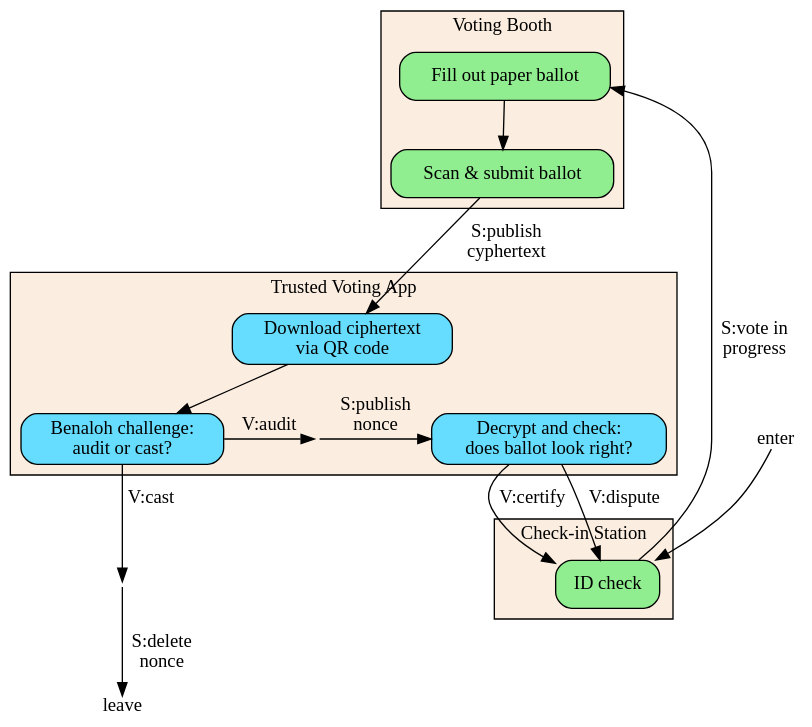
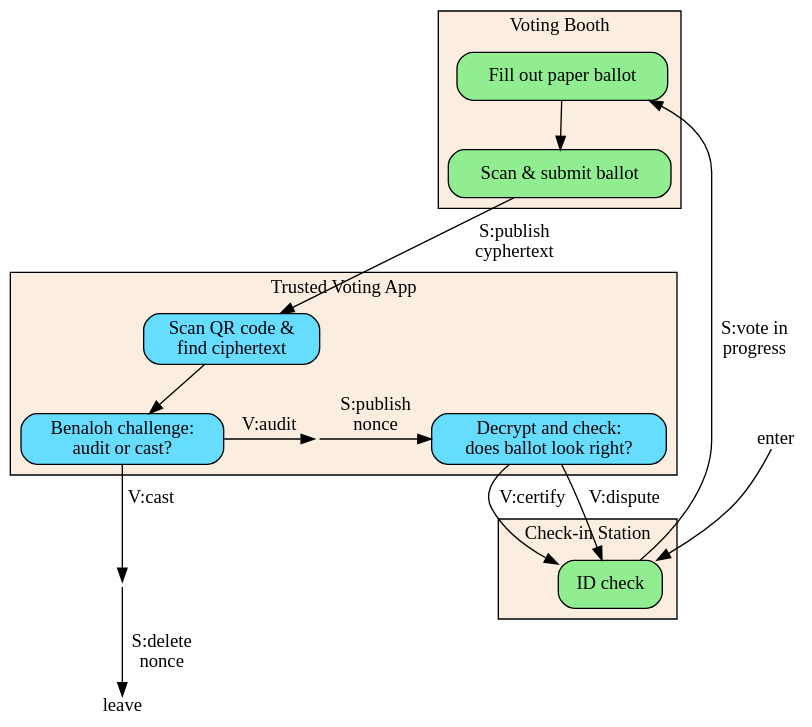
One commit to jefdaj/cryptoisland changed the diagram in src/posts/2024/10/15/mechanics-of-the-benaloh-challenge/proposed-workflow.dot. Above: the diagram before and after it, drawn with Graphviz. The commit also changed 2 other files, not shown here.

```diff
--- a/src/posts/2024/10/15/mechanics-of-the-benaloh-challenge/proposed-workflow.dot
+++ b/src/posts/2024/10/15/mechanics-of-the-benaloh-challenge/proposed-workflow.dot
@@ -1,63 +1,63 @@
 digraph proposed_workflow {
   rankdir=TB
   bgcolor=transparent
   node [shape=box, style="rounded,filled", fillcolor=lightgreen]
   // edge [color=grey]
 
   enter [shape=plain,fillcolor=transparent]
   leave [shape=plain,fillcolor=transparent]
   enter -> id_check
   subgraph cluster_checkin {
     label="Check-in Station"
     bgcolor="#fbeee0"
     // id_check -> mint_vip_nft
     id_check [label="ID check"]
   }
   subgraph cluster_votingbooth {
     label="Voting Booth"
     bgcolor="#fbeee0"
     fill_out_ballot [label="Fill out paper ballot"]
     submit_ballot [label="Scan & submit ballot"]
     fill_out_ballot -> submit_ballot
   }
   subgraph cluster_app {
     label="Trusted Voting App"
     bgcolor="#fbeee0"
     node [fillcolor="#66ddff"] // blue
-    confirm_onchain [label="Download ciphertext\nvia QR code"]
+    confirm_onchain [label="Scan QR code &\nfind ciphertext"]
     submit_ballot -> confirm_onchain [label="S:publish\ncyphertext"]
     confirm_onchain -> audit_or_cast
     decrypt_ballot [label="Decrypt and check:\ndoes ballot look right?"]
     audit_or_cast [label="Benaloh challenge:\naudit or cast?",fillcolor="#66ddff"] // blue
     rank=same {audit_or_cast,decrypt_ballot}
     tmp1 [shape=point,style=invis]
     audit_or_cast -> tmp1 [label="V:audit"]
     tmp1 -> decrypt_ballot [label="S:publish\nnonce"]
     rank=same {audit_or_cast,tmp1,decrypt_ballot}
   }
   // TODO separate post
   // subgraph cluster_checkout {
   //   label="check-out station"
   //   mint_personal_nfts
   // }
   // subgraph cluster_dispute {
   //   label="arbitration"
   //   dispute -> open_ballot_box -> id_check
   // }
   // TODO separate post
   // subgraph cluster_verify {
   //   label="verifier app"
   //   verify_tally -> mint_verifier_nft
   // }
   id_check -> fill_out_ballot [label="S:vote in\nprogress"]
   // audit_or_cast -> mint_personal_nfts [label="cast"]
   tmp2 [shape=point,style=invis]
   audit_or_cast -> tmp2 [label="V:cast"]
   tmp2 -> leave [label="S:delete\nnonce"]
   decrypt_ballot -> id_check [label="V:certify"]
   decrypt_ballot -> id_check [label="V:dispute"]
   // id_check -> mint_personal_nfts [style="dashed"] // leave without voting
   // mint_personal_nfts -> verify_tally
   // mint_personal_nfts -> leave
   // mint_verifier_nft -> leave
 }
```
